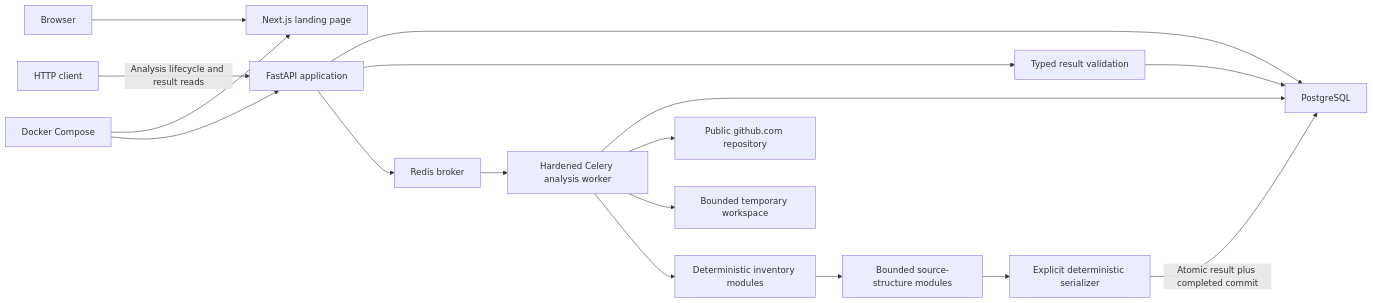
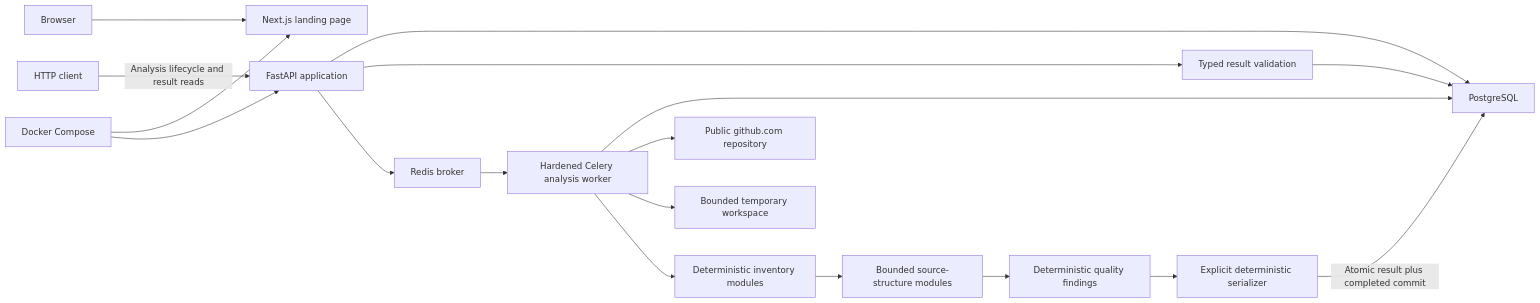
One commit to vedatbulucular/repolens changed the first of 3 diagrams in docs/architecture.md. Above: the diagram before and after it, drawn with Mermaid. The commit also changed other lines of this file and 27 other files, not shown here.

Commit message:
feat(api): add deterministic repository quality findings

````diff
--- a/docs/architecture.md
+++ b/docs/architecture.md
@@ -26,19 +26,20 @@
 ```mermaid
 flowchart LR
     B["Browser"] --> W["Next.js landing page"]
     C["HTTP client"] -->|"Analysis lifecycle and result reads"| A["FastAPI application"]
     D["Docker Compose"] --> W
     D --> A
     A --> P["PostgreSQL"]
     A --> J["Typed result validation"]
     J --> P
     A --> R["Redis broker"]
     R --> K["Hardened Celery analysis worker"]
     K --> P
     K --> G["Public github.com repository"]
     K --> T["Bounded temporary workspace"]
     K --> E["Deterministic inventory modules"]
     E --> Q["Bounded source-structure modules"]
-    Q --> S["Explicit deterministic serializer"]
+    Q --> F["Deterministic quality findings"]
+    F --> S["Explicit deterministic serializer"]
     S -->|"Atomic result plus completed commit"| P
 ```
````
